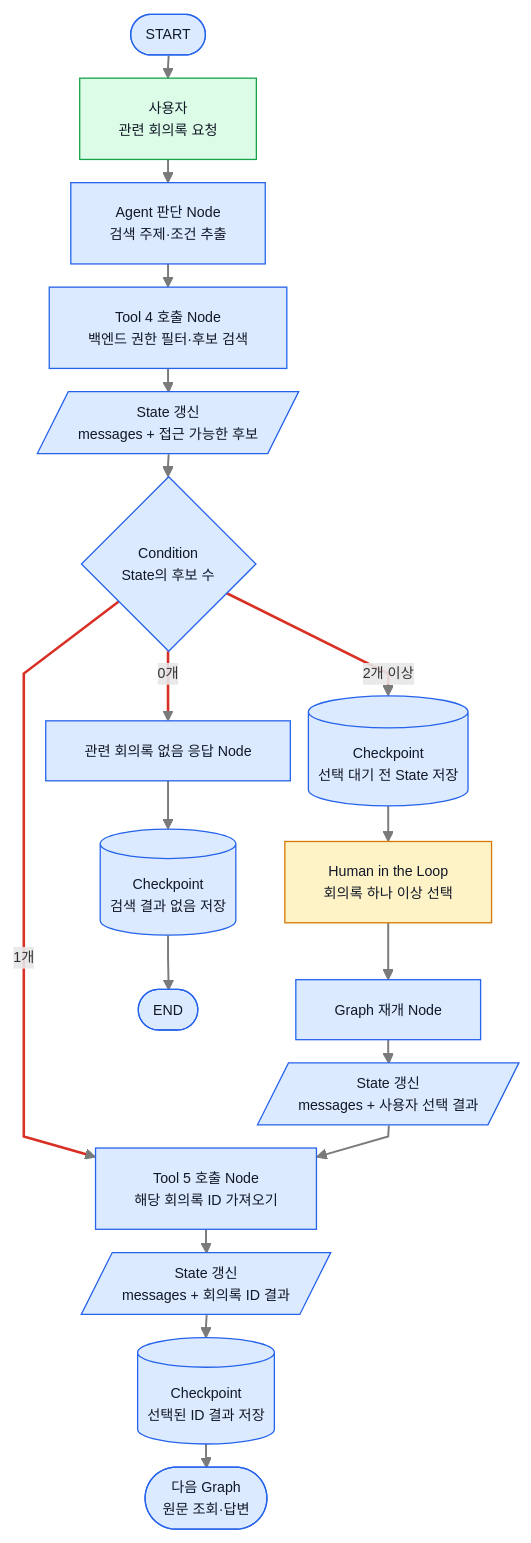
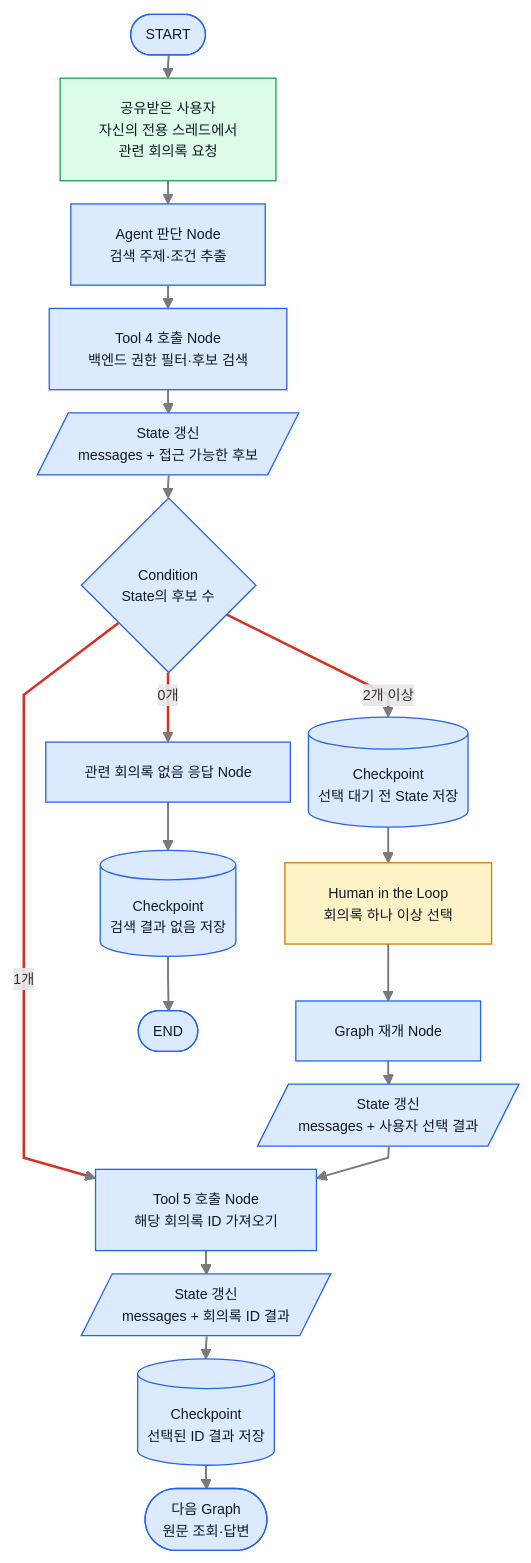
The fifth of 7 diagrams in ZENAI/에이전트 설계/회의록 에이전트 설계/1. 회의록 에이전트 워크플로우.md (ericyum/Obsidian), drawn with Mermaid before and after one commit. The commit also changed other lines of this file and 2 other files, not shown here.

````diff
--- a/ZENAI/에이전트 설계/회의록 에이전트 설계/1. 회의록 에이전트 워크플로우.md
+++ b/ZENAI/에이전트 설계/회의록 에이전트 설계/1. 회의록 에이전트 워크플로우.md
@@ -258,30 +233,30 @@
 ```mermaid
 %%{init: {"flowchart": {"useMaxWidth": true, "nodeSpacing": 14, "rankSpacing": 18, "curve": "linear"}, "themeVariables": {"fontSize": "11px"}}}%%
 flowchart TB
-    S(["START"]) --> U["사용자<br/>관련 회의록 요청"]
+    S(["START"]) --> U["공유받은 사용자<br/>자신의 전용 스레드에서<br/>관련 회의록 요청"]
     U --> A["Agent 판단 Node<br/>검색 주제·조건 추출"]
     A --> T4["Tool 4 호출 Node<br/>백엔드 권한 필터·후보 검색"]
     T4 --> ST[/"State 갱신<br/>messages + 접근 가능한 후보"/]
     ST --> C{"Condition<br/>State의 후보 수"}
     C -->|"0개"| N["관련 회의록 없음 응답 Node"]
     C -->|"1개"| T5["Tool 5 호출 Node<br/>해당 회의록 ID 가져오기"]
     C -->|"2개 이상"| CP1[("Checkpoint<br/>선택 대기 전 State 저장")]
     CP1 --> H["Human in the Loop<br/>회의록 하나 이상 선택"]
     H --> R["Graph 재개 Node"]
     R --> SS[/"State 갱신<br/>messages + 사용자 선택 결과"/]
     SS --> T5
     T5 --> IDS[/"State 갱신<br/>messages + 회의록 ID 결과"/]
     IDS --> CP2[("Checkpoint<br/>선택된 ID 결과 저장")]
     N --> CP0[("Checkpoint<br/>검색 결과 없음 저장")]
     CP0 --> E0(["END"])
     CP2 --> E1(["다음 Graph<br/>원문 조회·답변"])
 
     classDef user fill:#dcfce7,stroke:#16a34a,color:#111827;
     classDef hitl fill:#fef3c7,stroke:#d97706,color:#111827;
     classDef internal fill:#dbeafe,stroke:#2563eb,color:#111827;
     class U user;
     class H hitl;
     class S,A,T4,ST,C,N,T5,CP1,R,SS,IDS,CP2,CP0,E0,E1 internal;
     linkStyle default stroke:#7a7a7a,stroke-width:1.5px;
     linkStyle 5,6,7 stroke:#d93025,stroke-width:2px;
 ```
````
